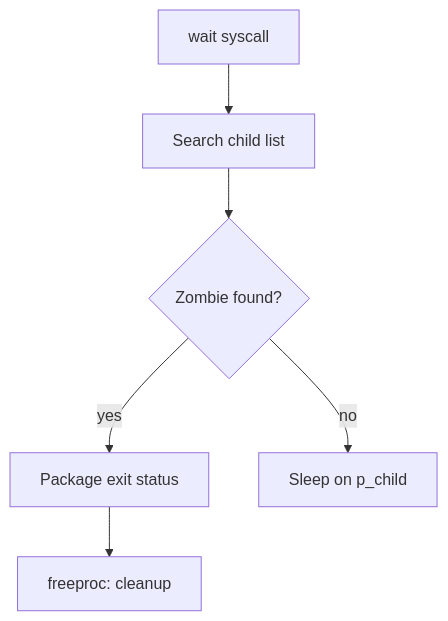
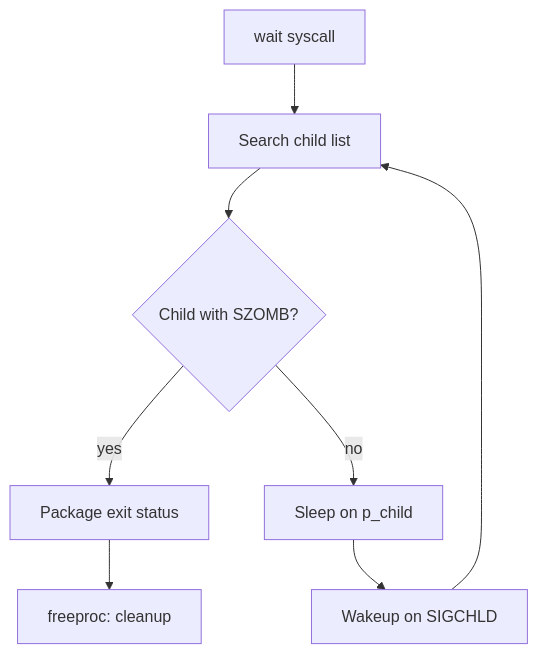
The diagram in diagrams/1.1-wait-reaping.mmd (macsplit/unix_doc), drawn with Mermaid before and after one commit. The commit also changed 9 other files, not shown here.

First line of the commit message:
Improve technical diagrams based on academic feedback

```diff
--- a/diagrams/1.1-wait-reaping.mmd
+++ b/diagrams/1.1-wait-reaping.mmd
@@ -1,6 +1,8 @@
 graph TD
     A[wait syscall] --> B[Search child list]
-    B --> C{Zombie found?}
+    B --> C{Child with SZOMB?}
     C -->|yes| D[Package exit status]
     C -->|no| E[Sleep on p_child]
     D --> F[freeproc: cleanup]
+    E --> G[Wakeup on SIGCHLD]
+    G --> B
```
